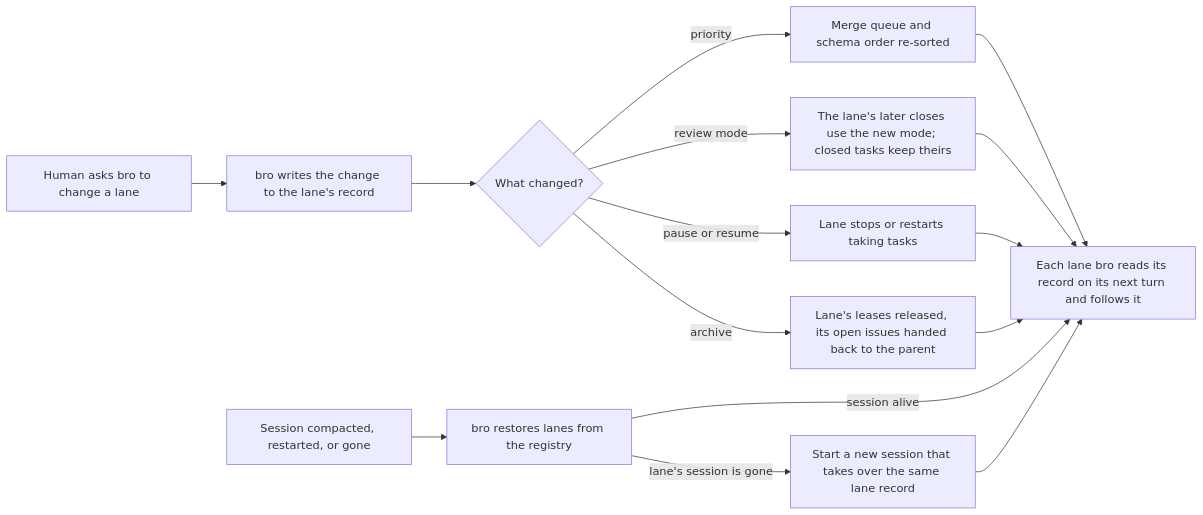
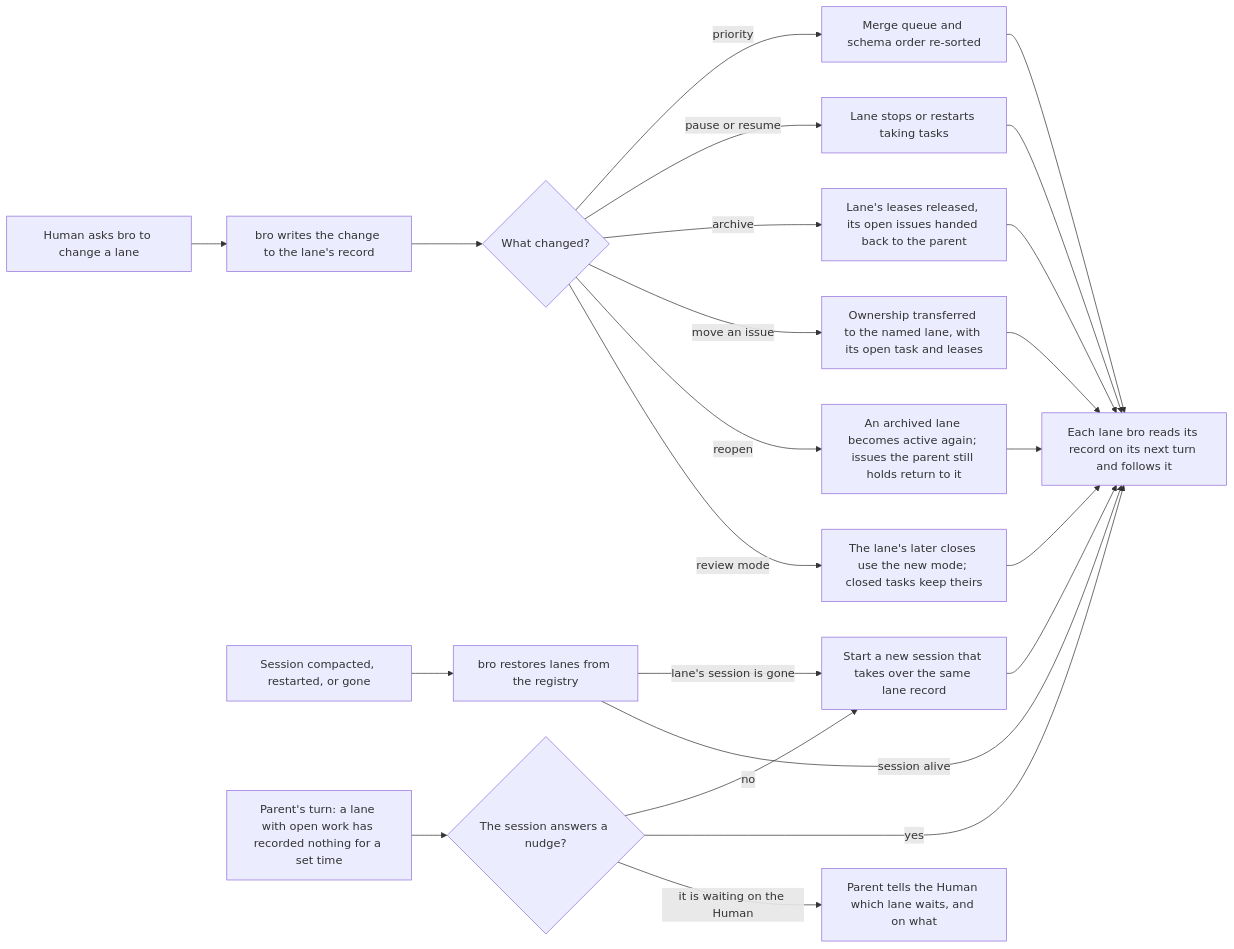
One commit to trustmybot/plugin changed the sixth of 6 diagrams in docs/architecture/LANES.md. Above: the diagram before and after it, drawn with Mermaid. The commit also changed other lines of this file and 2 other files, not shown here.

````diff
--- a/docs/architecture/LANES.md
+++ b/docs/architecture/LANES.md
@@ -143,17 +158,25 @@
 ```mermaid
 flowchart LR
     A[Human asks bro to change a lane] --> B[bro writes the change to the lane's record]
     B --> C{What changed?}
     C -- priority --> D[Merge queue and schema order re-sorted]
     C -- pause or resume --> E[Lane stops or restarts taking tasks]
     C -- archive --> F[Lane's leases released, its open issues handed back to the parent]
+    C -- move an issue --> T[Ownership transferred to the named lane, with its open task and leases]
+    C -- reopen --> U[An archived lane becomes active again; issues the parent still holds return to it]
+    T --> G
+    U --> G
     C -- review mode --> M[The lane's later closes use the new mode; closed tasks keep theirs]
     D --> G[Each lane bro reads its record on its next turn and follows it]
     M --> G
     E --> G
     F --> G
     H[Session compacted, restarted, or gone] --> I[bro restores lanes from the registry]
     I -- lane's session is gone --> J[Start a new session that takes over the same lane record]
+    P[Parent's turn: a lane with open work has recorded nothing for a set time] --> Q{The session answers a nudge?}
+    Q -- no --> J
+    Q -- yes --> G
+    Q -- it is waiting on the Human --> W[Parent tells the Human which lane waits, and on what]
     I -- session alive --> G
     J --> G
 ```
````
